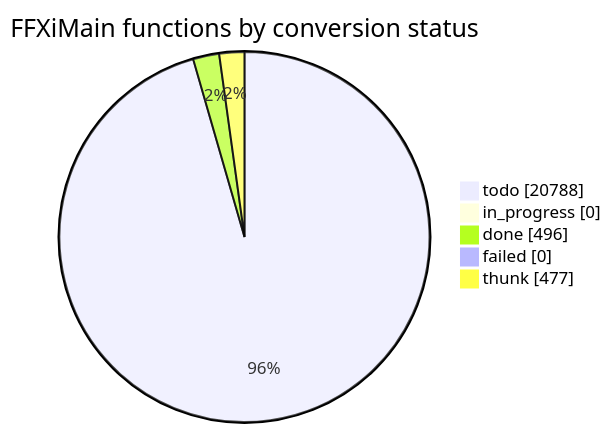
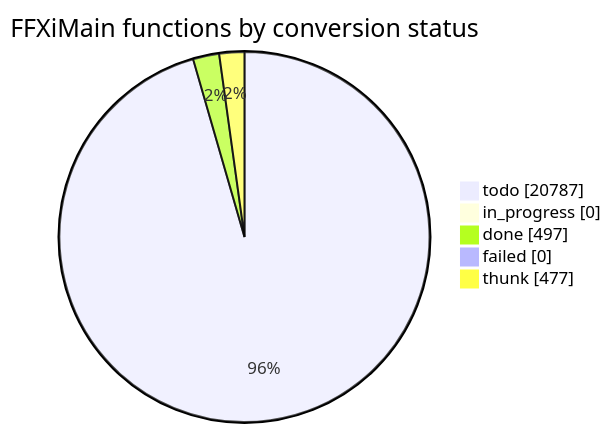
The diagram in docs/cow/STATUS.md (cowrevenge/cow_kuluu_xi_anything), drawn with Mermaid before and after one commit. The commit also changed other lines of this file and 9 other files, not shown here.

````diff
--- a/docs/cow/STATUS.md
+++ b/docs/cow/STATUS.md
@@ -18,9 +18,9 @@
 ```mermaid
 pie showData
     title FFXiMain functions by conversion status
-    "todo" : 20788
+    "todo" : 20787
     "in_progress" : 0
-    "done" : 496
+    "done" : 497
     "failed" : 0
     "thunk" : 477
 ```
````
